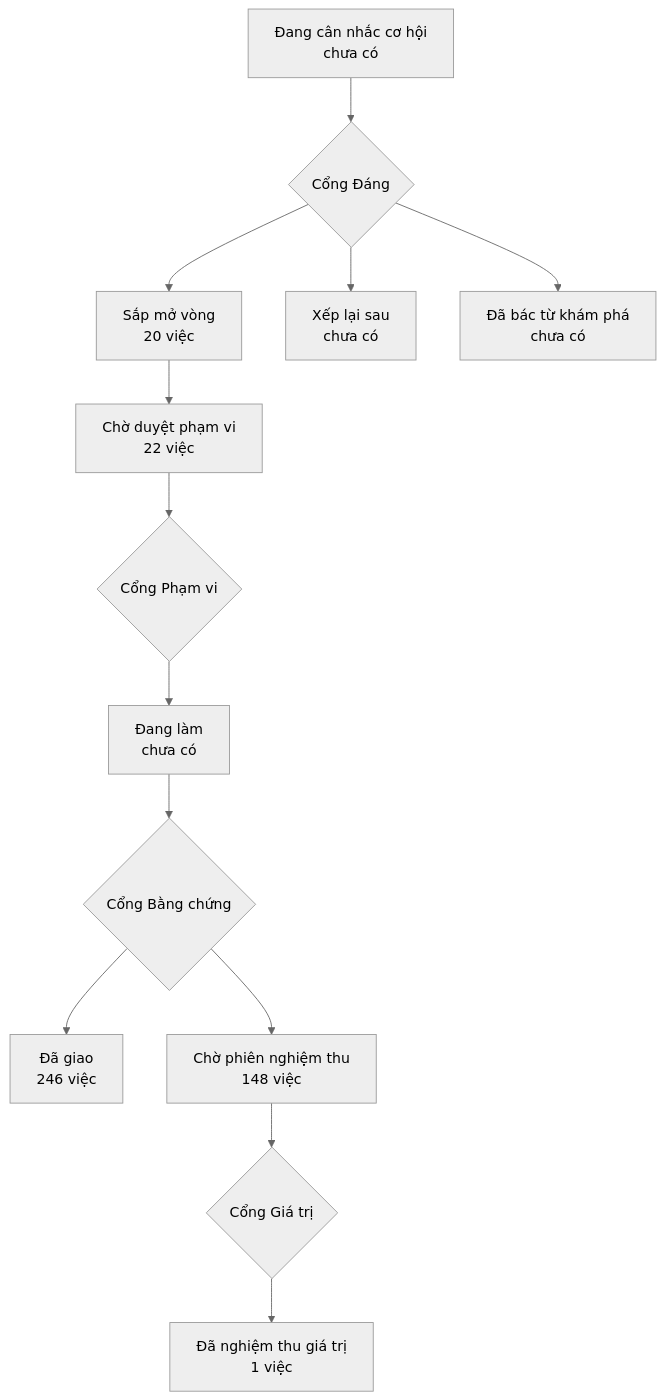
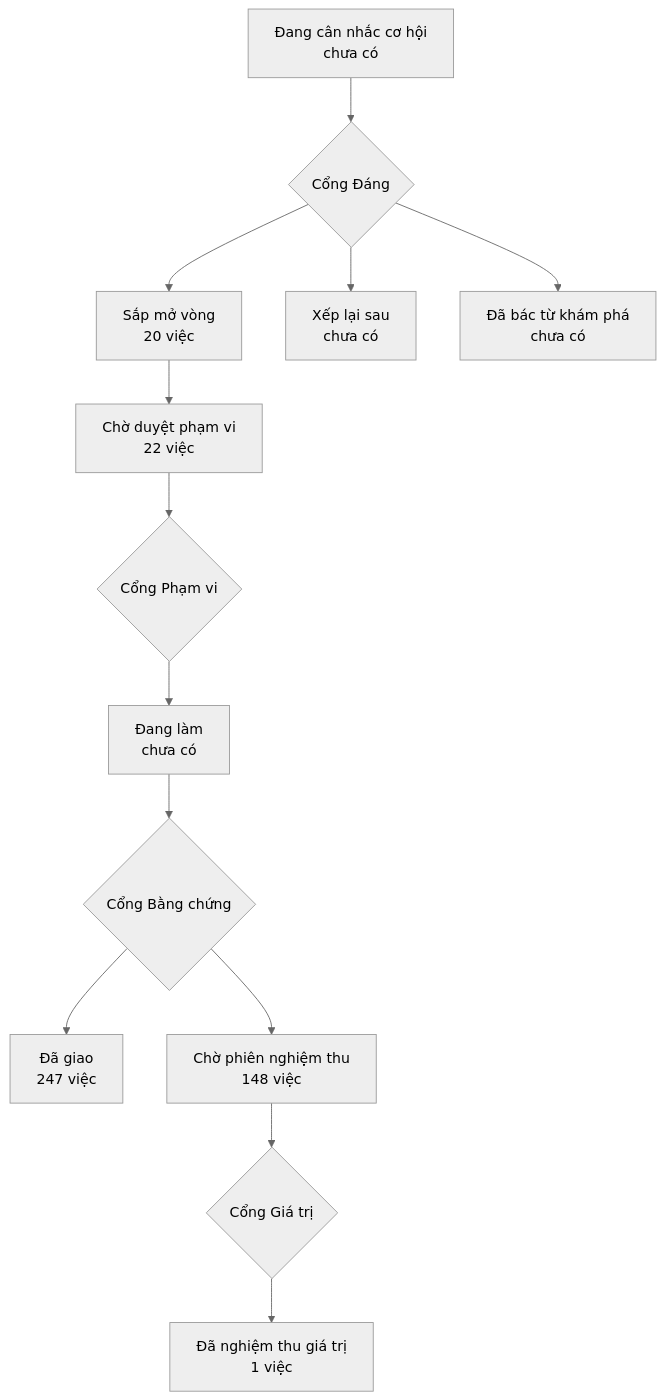
One commit to phanlemanh/onehub-invest changed the diagram in PRODUCT-MAP.md. Above: the diagram before and after it, drawn with Mermaid (neutral theme). The commit also changed other lines of this file and 41 other files, not shown here.

````diff
--- a/PRODUCT-MAP.md
+++ b/PRODUCT-MAP.md
@@ -7,12 +7,12 @@
 ```mermaid
 flowchart TD
   A["Đang cân nhắc cơ hội<br/>chưa có"] --> GD{"Cổng Đáng"}
   GD --> B["Sắp mở vòng<br/>20 việc"]
   GD --> XL["Xếp lại sau<br/>chưa có"]
   GD --> DB["Đã bác từ khám phá<br/>chưa có"]
   B --> CD["Chờ duyệt phạm vi<br/>22 việc"] --> GP{"Cổng Phạm vi"}
   GP --> DL["Đang làm<br/>chưa có"] --> GB{"Cổng Bằng chứng"}
-  GB --> DG["Đã giao<br/>246 việc"]
+  GB --> DG["Đã giao<br/>247 việc"]
   GB --> CN["Chờ phiên nghiệm thu<br/>148 việc"] --> GG{"Cổng Giá trị"}
   GG --> NT["Đã nghiệm thu giá trị<br/>1 việc"]
 ```
````
